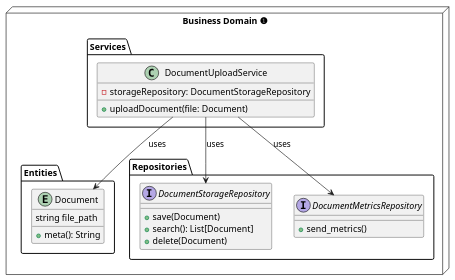
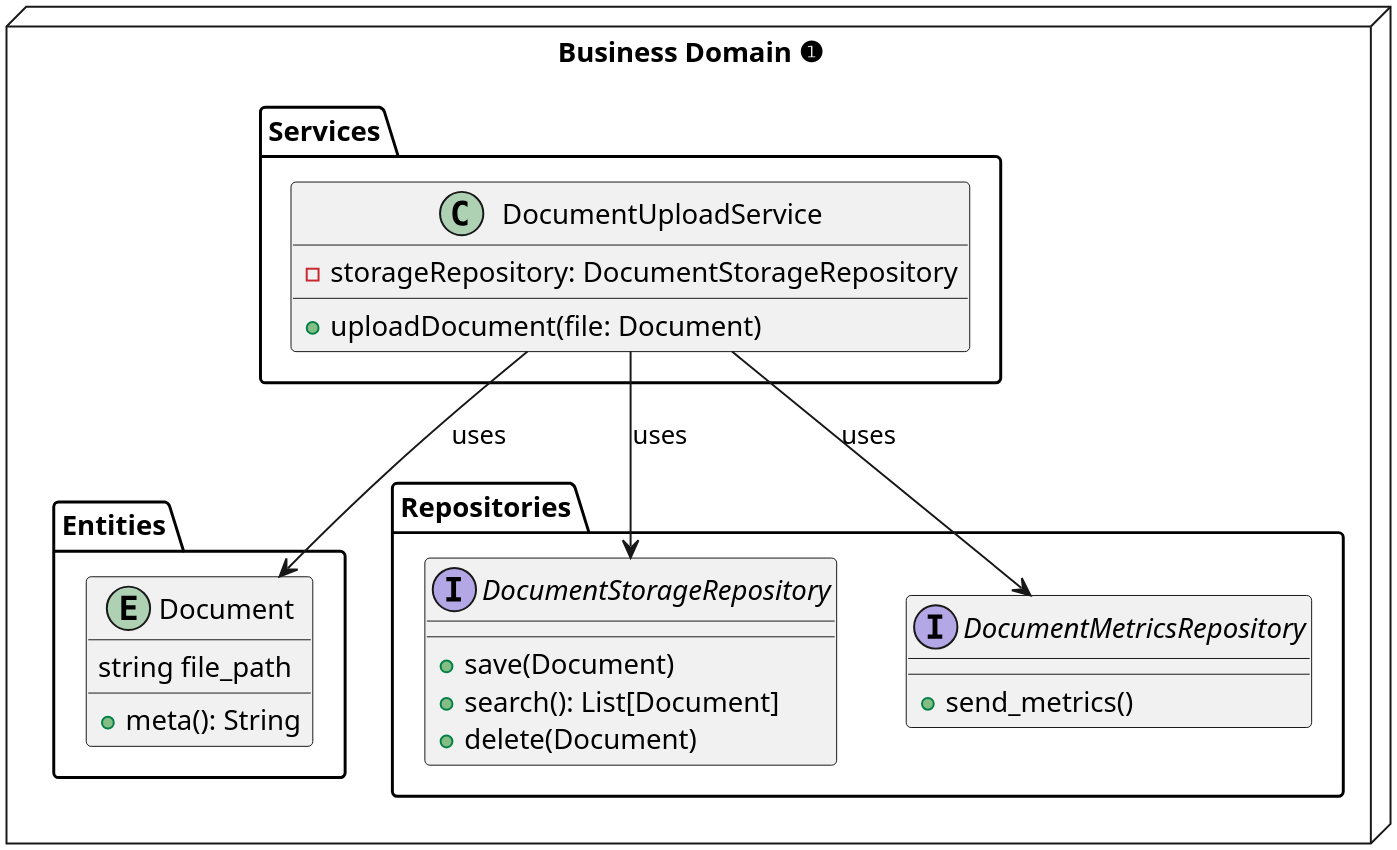
The second of 3 diagrams in content/2022-hexagonal-architecture.org (dorneanu/slides), drawn with PlantUML before and after one commit. The commit also changed other lines of this file and 2 other files, not shown here.

```diff
--- a/content/2022-hexagonal-architecture.org
+++ b/content/2022-hexagonal-architecture.org
@@ -227,39 +232,40 @@
 #+begin_src plantuml :file ./images/hexagonal-architecture/example-hex-arch-domain.png  :results file replace :cmdline -charset UTF-8 :exports none
 @startuml
+skinparam dpi 300
 
 package "Business Domain ❶" as app_core <<Node>> {
     package "Entities" {
        entity Document {
          string file_path
          + meta(): String
        }
     }
 
     package Services {
        class DocumentUploadService {
          - storageRepository: DocumentStorageRepository
          + uploadDocument(file: Document)
        }
     }
 
 	package Repositories {
        interface DocumentStorageRepository {
 	     + save(Document)
 		 + search(): List[Document]
 		 + delete(Document)
 	   }
 
        interface DocumentMetricsRepository {
 		 + send_metrics()
 	   }
 
 	}
 }
 
 
 
 DocumentUploadService --> DocumentStorageRepository: uses
 DocumentUploadService --> DocumentMetricsRepository: uses
 DocumentUploadService --> Document: uses
 @enduml
 #+end_src
```
